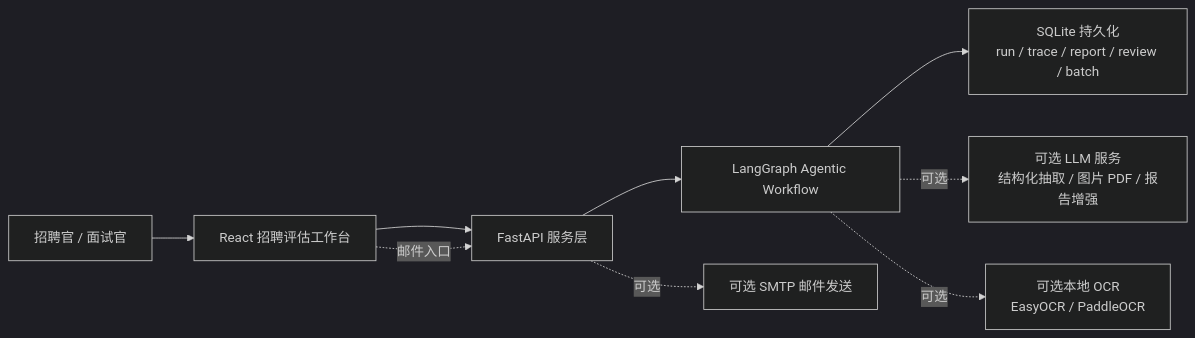
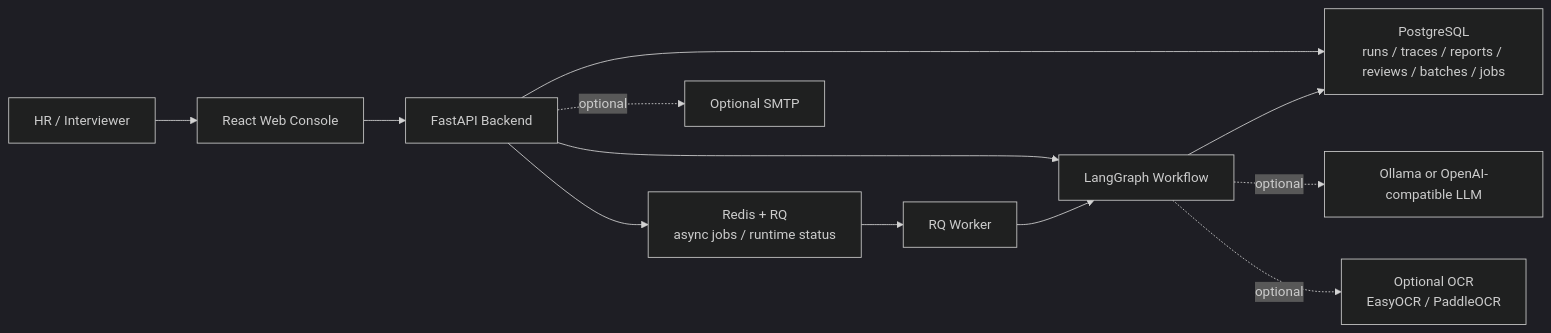
The first of 8 diagrams in docs/architecture_diagrams.md (supeng0916-beep/resume-pilot), drawn with Mermaid (dark theme) before and after one commit. The commit also changed other lines of this file and 3 other files, not shown here.

Commit message:
docs: clarify production database architecture

````diff
--- a/docs/architecture_diagrams.md
+++ b/docs/architecture_diagrams.md
@@ -10,20 +13,24 @@
 ```mermaid
 flowchart LR
-    HR["招聘官 / 面试官"]
-    React["React 招聘评估工作台"]
-    API["FastAPI 服务层"]
-    Workflow["LangGraph Agentic Workflow"]
-    Store["SQLite 持久化<br/>run / trace / report / review / batch"]
-    LLM["可选 LLM 服务<br/>结构化抽取 / 图片 PDF / 报告增强"]
-    OCR["可选本地 OCR<br/>EasyOCR / PaddleOCR"]
-    SMTP["可选 SMTP 邮件发送"]
+    User["HR / Interviewer"]
+    React["React Web Console"]
+    API["FastAPI Backend"]
+    Workflow["LangGraph Workflow"]
+    DB["PostgreSQL<br/>runs / traces / reports / reviews / batches / jobs"]
+    Redis["Redis + RQ<br/>async jobs / runtime status"]
+    LLM["Ollama or OpenAI-compatible LLM"]
+    OCR["Optional OCR<br/>EasyOCR / PaddleOCR"]
+    SMTP["Optional SMTP"]
 
-    HR --> React
+    User --> React
     React --> API
     API --> Workflow
-    Workflow --> Store
-    Workflow -.可选.-> LLM
-    Workflow -.可选.-> OCR
-    React -.邮件入口.-> API
-    API -.可选.-> SMTP
+    API --> DB
+    API --> Redis
+    Redis --> Worker["RQ Worker"]
+    Worker --> Workflow
+    Workflow --> DB
+    Workflow -.optional.-> LLM
+    Workflow -.optional.-> OCR
+    API -.optional.-> SMTP
 ```
````
